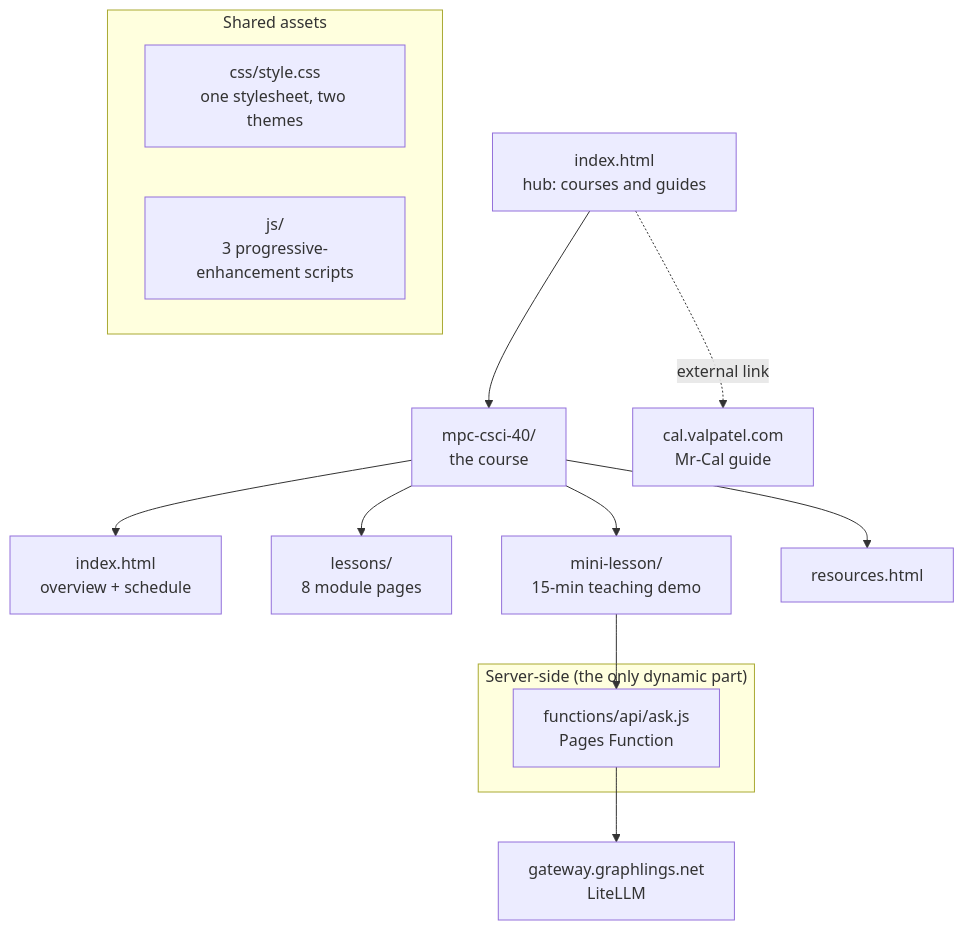
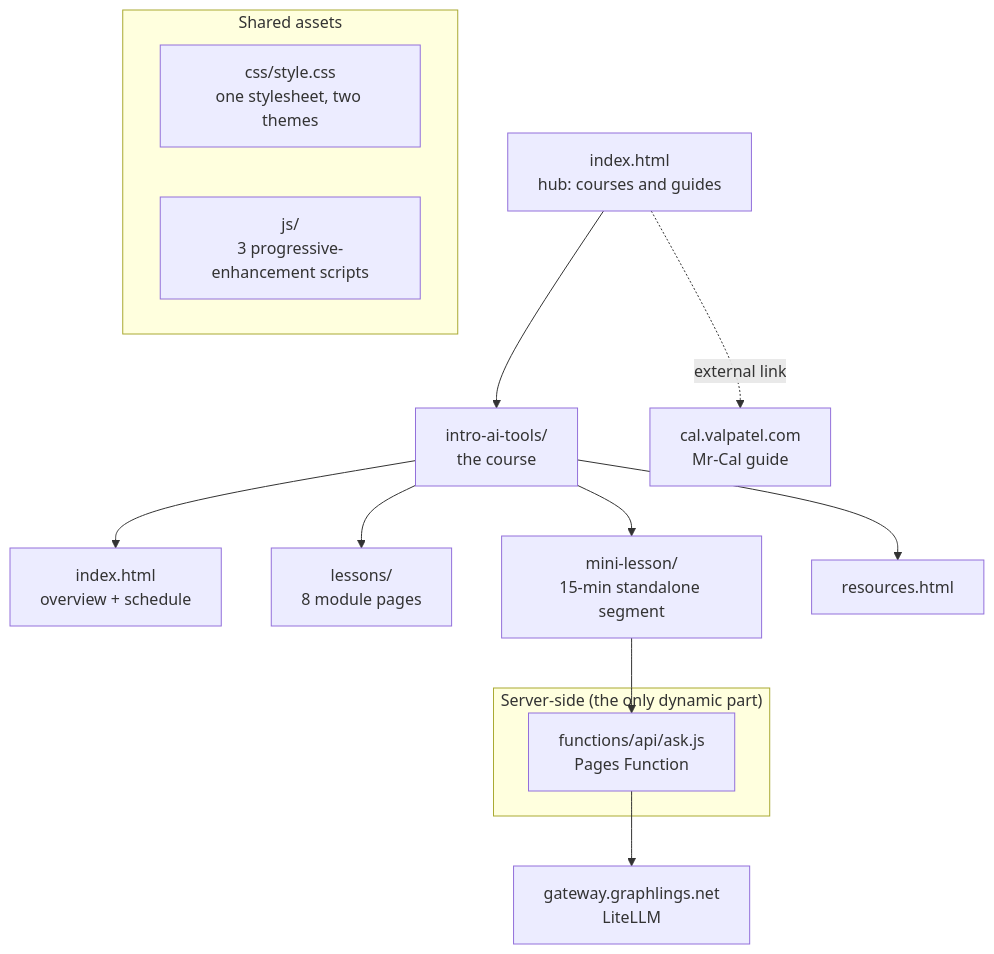
The diagram in README.md (mvalancy/lesson-plans), drawn with Mermaid before and after one commit. The commit also changed other lines of this file and 33 other files, not shown here.

First line of the commit message:
Generalize the course site: MPC CSCI 40 becomes Intro to AI Tools

````diff
--- a/README.md
+++ b/README.md
@@ -19,23 +25,23 @@
 ```mermaid
 flowchart TD
     ROOT["index.html<br/>hub: courses and guides"]
-    ROOT --> C40["mpc-csci-40/<br/>the course"]
+    ROOT --> C40["intro-ai-tools/<br/>the course"]
     ROOT -.->|"external link"| CAL["cal.valpatel.com<br/>Mr-Cal guide"]
 
     C40 --> OV["index.html<br/>overview + schedule"]
     C40 --> LES["lessons/<br/>8 module pages"]
-    C40 --> MINI["mini-lesson/<br/>15-min teaching demo"]
+    C40 --> MINI["mini-lesson/<br/>15-min standalone segment"]
     C40 --> RES["resources.html"]
 
     subgraph shared["Shared assets"]
         CSS["css/style.css<br/>one stylesheet, two themes"]
         JS["js/<br/>3 progressive-enhancement scripts"]
     end
 
     subgraph server["Server-side (the only dynamic part)"]
         FN["functions/api/ask.js<br/>Pages Function"]
     end
 
     MINI --> FN
     FN --> GW["gateway.graphlings.net<br/>LiteLLM"]
 ```
````
